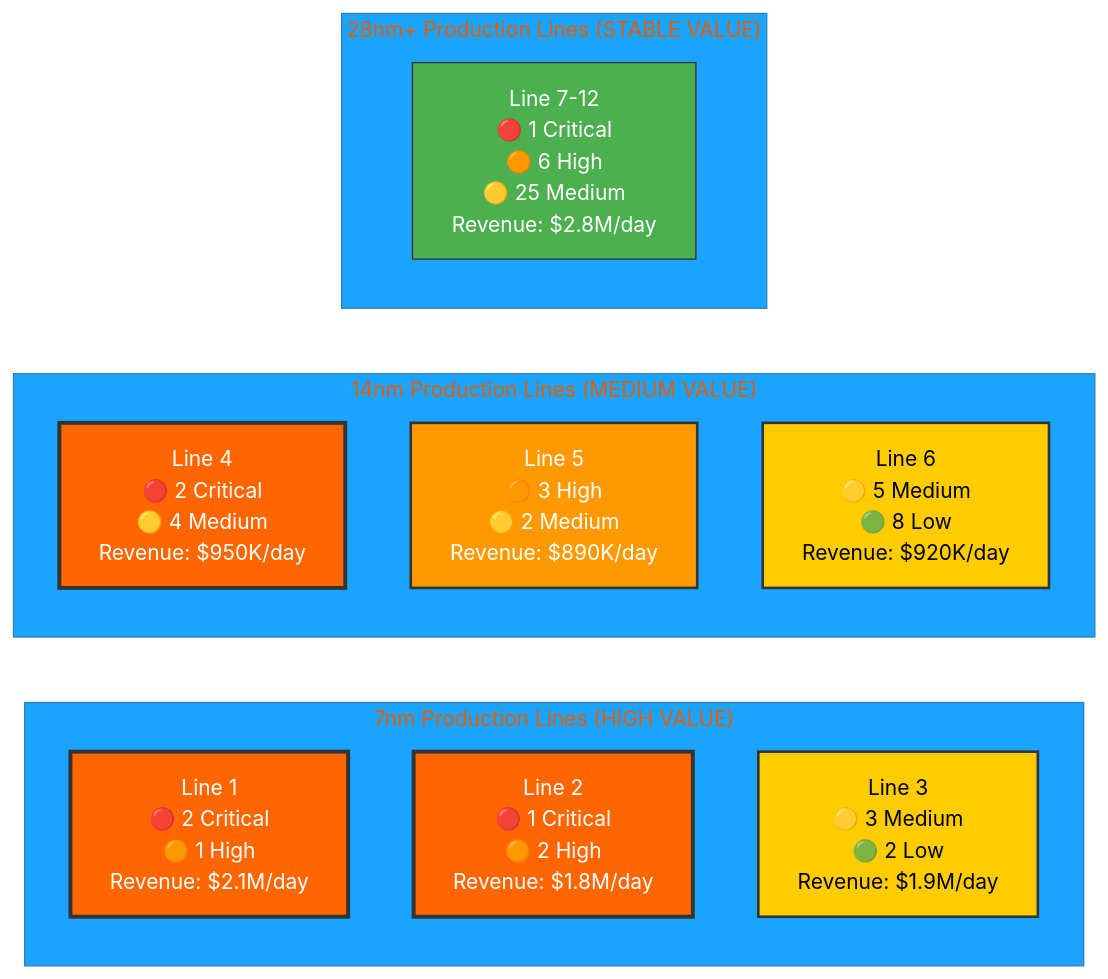
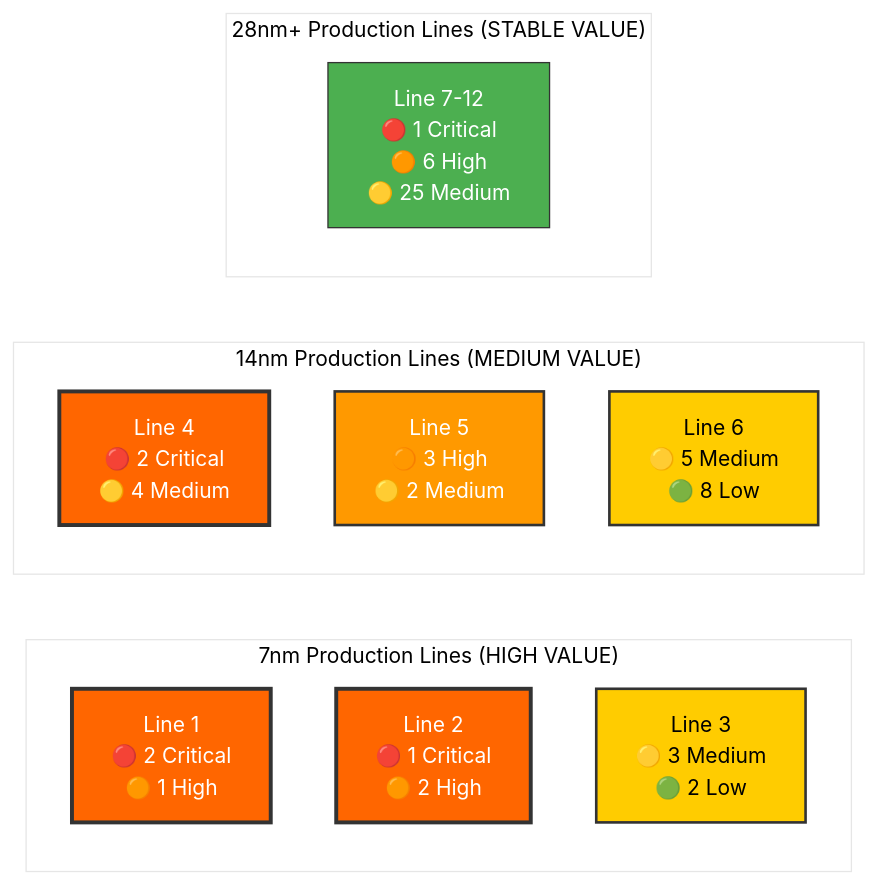
One commit to StephanieHepp/Risk-Assessment changed the seventh of 10 diagrams in overview_risk_assessment_report_cip.md. Above: the diagram before and after it, drawn with Mermaid.

````diff
--- a/overview_risk_assessment_report_cip.md
+++ b/overview_risk_assessment_report_cip.md
@@ -169,29 +169,29 @@
 ```mermaid
-%%{init: {'theme':'base', 'themeVariables': {'primaryColor':'#ff6600'}}}%%
+%%{init: {'theme':'base', 'themeVariables': {'primaryColor':'#fff', 'secondaryColor':'#000'}}}%%
 graph LR
     subgraph "7nm Production Lines (HIGH VALUE)"
-        L1["Line 1<br/>🔴 2 Critical<br/>🟠 1 High<br/>Revenue: $2.1M/day"]
-        L2["Line 2<br/>🔴 1 Critical<br/>🟠 2 High<br/>Revenue: $1.8M/day"]
-        L3["Line 3<br/>🟡 3 Medium<br/>🟢 2 Low<br/>Revenue: $1.9M/day"]
+        L1["Line 1<br/>🔴 2 Critical<br/>🟠 1 High"]
+        L2["Line 2<br/>🔴 1 Critical<br/>🟠 2 High"]
+        L3["Line 3<br/>🟡 3 Medium<br/>🟢 2 Low"]
     end
     
     subgraph "14nm Production Lines (MEDIUM VALUE)"
-        L4["Line 4<br/>🔴 2 Critical<br/>🟡 4 Medium<br/>Revenue: $950K/day"]
-        L5["Line 5<br/>🟠 3 High<br/>🟡 2 Medium<br/>Revenue: $890K/day"]
-        L6["Line 6<br/>🟡 5 Medium<br/>🟢 8 Low<br/>Revenue: $920K/day"]
+        L4["Line 4<br/>🔴 2 Critical<br/>🟡 4 Medium"]
+        L5["Line 5<br/>🟠 3 High<br/>🟡 2 Medium"]
+        L6["Line 6<br/>🟡 5 Medium<br/>🟢 8 Low"]
     end
     
     subgraph "28nm+ Production Lines (STABLE VALUE)"
-        L7["Line 7-12<br/>🔴 1 Critical<br/>🟠 6 High<br/>🟡 25 Medium<br/>Revenue: $2.8M/day"]
+        L7["Line 7-12<br/>🔴 1 Critical<br/>🟠 6 High<br/>🟡 25 Medium"]
     end
     
     classDef critical fill:#ff6600,stroke:#333,stroke-width:3px,color:#fff
     classDef high fill:#ff9900,stroke:#333,stroke-width:2px,color:#fff
     classDef medium fill:#ffcc00,stroke:#333,stroke-width:2px,color:#000
     classDef stable fill:#4CAF50,stroke:#333,stroke-width:1px,color:#fff
     
     class L1,L2,L4 critical
     class L5 high
     class L3,L6 medium
     class L7 stable
 ```
````
